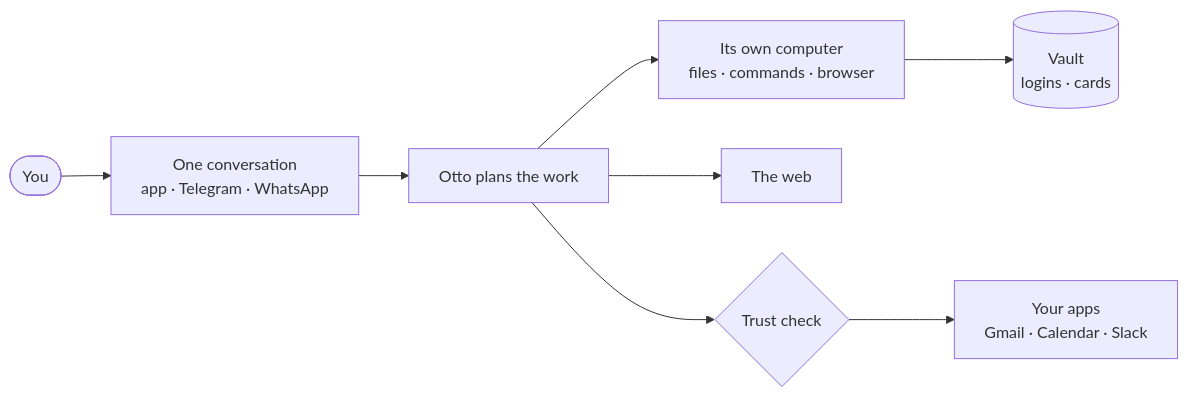
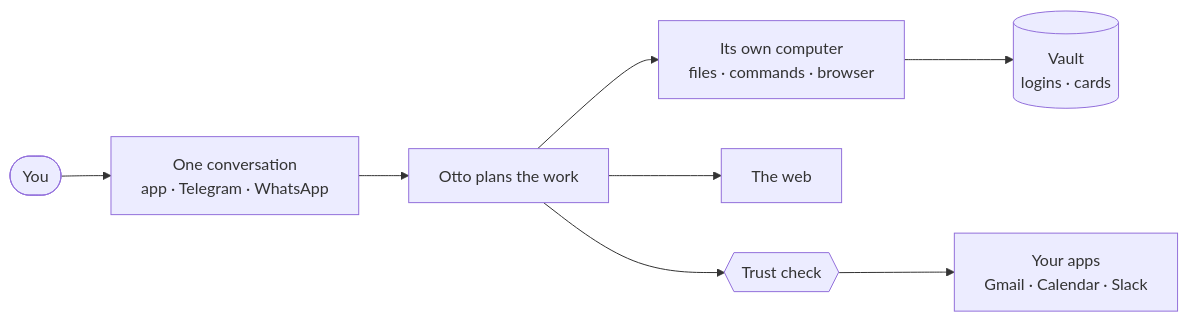
One commit to n8n-io/nod changed the diagram in docs/src/content/docs/index.mdx. Above: the diagram before and after it, drawn with Mermaid. The commit also changed other lines of this file and 54 other files, not shown here.

````diff
--- a/docs/src/content/docs/index.mdx
+++ b/docs/src/content/docs/index.mdx
@@ -76,10 +109,10 @@
 ```mermaid
 flowchart LR
   you([You]):::accent --> chat[One conversation<br/>app · Telegram · WhatsApp]
   chat --> otto[Otto plans the work]
   otto --> computer[Its own computer<br/>files · commands · browser]
   otto --> web[The web]
-  otto --> trust{Trust check}:::accent
+  otto --> trust{{Trust check}}:::accent
   trust --> apps[Your apps<br/>Gmail · Calendar · Slack]
   computer --> vault[(Vault<br/>logins · cards)]:::accent
 ```
````
